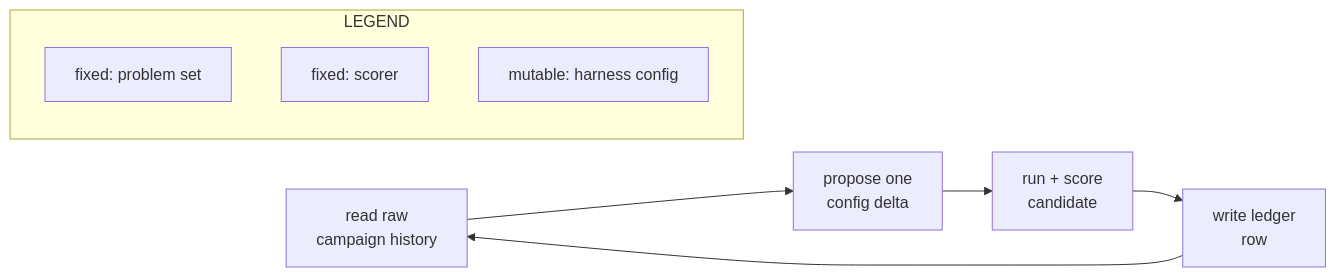
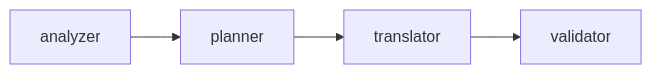
The fourth of 6 diagrams in docs/slides/slides.md (NTDuck/ARCMiS), drawn with Mermaid before and after one commit. The commit also changed other lines of this file and 235 other files, not shown here.

````diff
--- a/docs/slides/slides.md
+++ b/docs/slides/slides.md
@@ -550,12 +454,4 @@
 ```mermaid
 flowchart LR
-  A["read raw<br/>campaign history"] --> B["propose one<br/>config delta"]
-  B --> C["run + score<br/>candidate"]
-  C --> D["write ledger<br/>row"]
-  D --> A
-  subgraph LEGEND["LEGEND"]
-    E["fixed: problem set"]
-    F["fixed: scorer"]
-    G["mutable: harness config"]
-  end
+  A["analyzer"] --> B["planner"] --> C["translator"] --> D["validator"]
 ```
````
